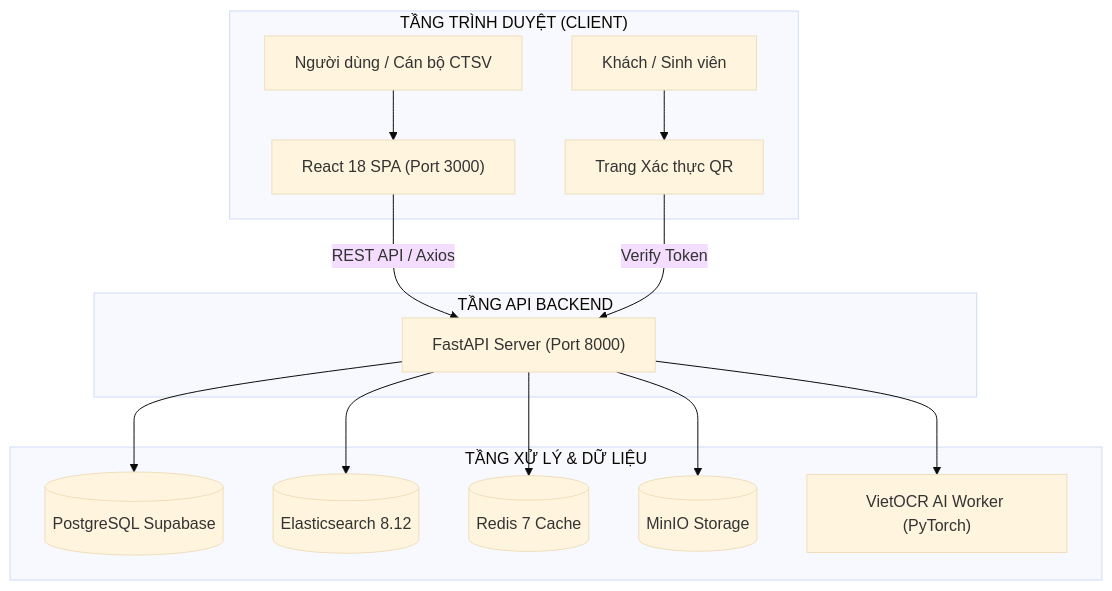
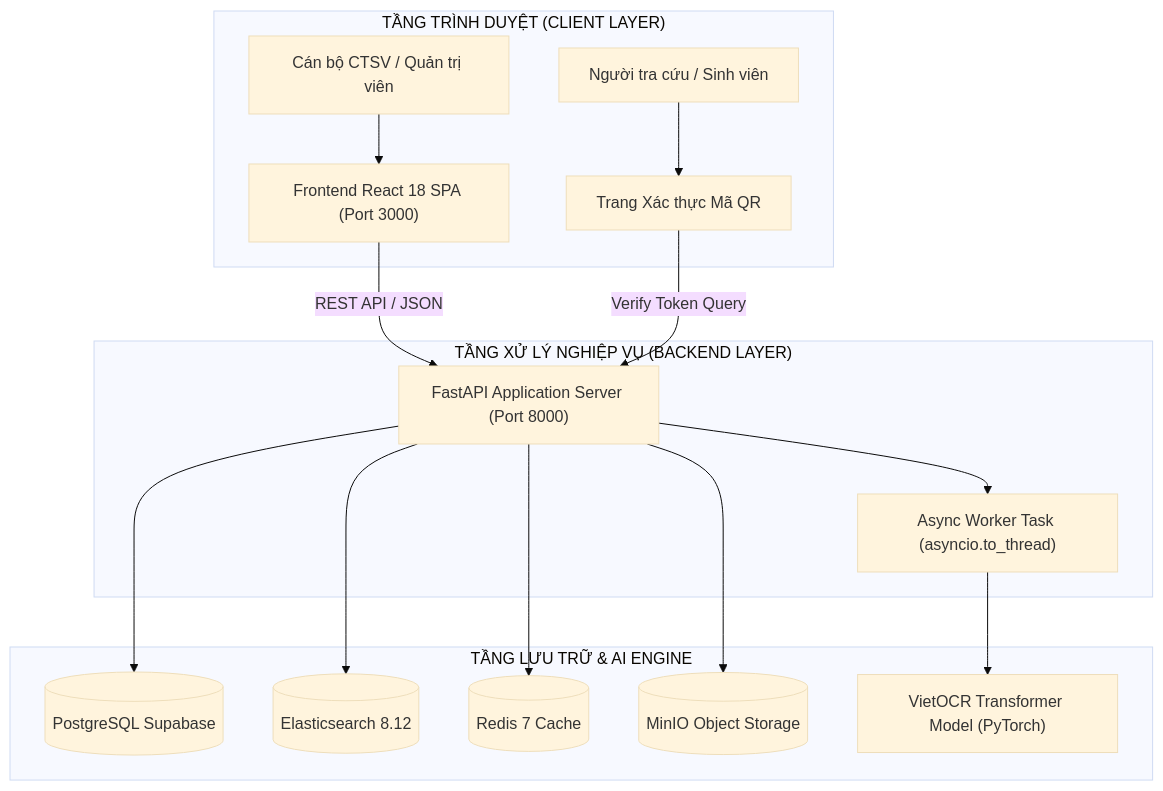
Before and after one commit to thanh063456/-ATN: the third of 4 diagrams in noidungpp.md, drawn with Mermaid (base theme). The commit also changed other lines of this file, not shown here.

````diff
--- a/noidungpp.md
+++ b/noidungpp.md
@@ -112,20 +129,21 @@
 ```mermaid
 graph TB
-    subgraph Client ["TẦNG TRÌNH DUYỆT (CLIENT)"]
-        User["Người dùng / Cán bộ CTSV"] --> SPA["React 18 SPA (Port 3000)"]
-        Guest["Khách / Sinh viên"] --> PublicQR["Trang Xác thực QR"]
+    subgraph Client ["TẦNG TRÌNH DUYỆT (CLIENT LAYER)"]
+        User["Cán bộ CTSV / Quản trị viên"] --> SPA["Frontend React 18 SPA (Port 3000)"]
+        Guest["Người tra cứu / Sinh viên"] --> Verify["Trang Xác thực Mã QR"]
     end
 
-    subgraph Gateway ["TẦNG API BACKEND"]
-        SPA -->|REST API / Axios| API["FastAPI Server (Port 8000)"]
-        PublicQR -->|Verify Token| API
+    subgraph Gateway ["TẦNG XỬ LÝ NGHIỆP VỤ (BACKEND LAYER)"]
+        SPA -->|REST API / JSON| API["FastAPI Application Server (Port 8000)"]
+        Verify -->|Verify Token Query| API
+        API --> Worker["Async Worker Task (asyncio.to_thread)"]
     end
 
-    subgraph ServiceLayer ["TẦNG XỬ LÝ & DỮ LIỆU"]
+    subgraph DataStore ["TẦNG LƯU TRỮ & AI ENGINE"]
         API --> DB[(PostgreSQL Supabase)]
         API --> ES[(Elasticsearch 8.12)]
         API --> RD[(Redis 7 Cache)]
-        API --> S3[(MinIO Storage)]
-        API --> OCR["VietOCR AI Worker (PyTorch)"]
+        API --> S3[(MinIO Object Storage)]
+        Worker --> Model["VietOCR Transformer Model (PyTorch)"]
     end
 ```
````
